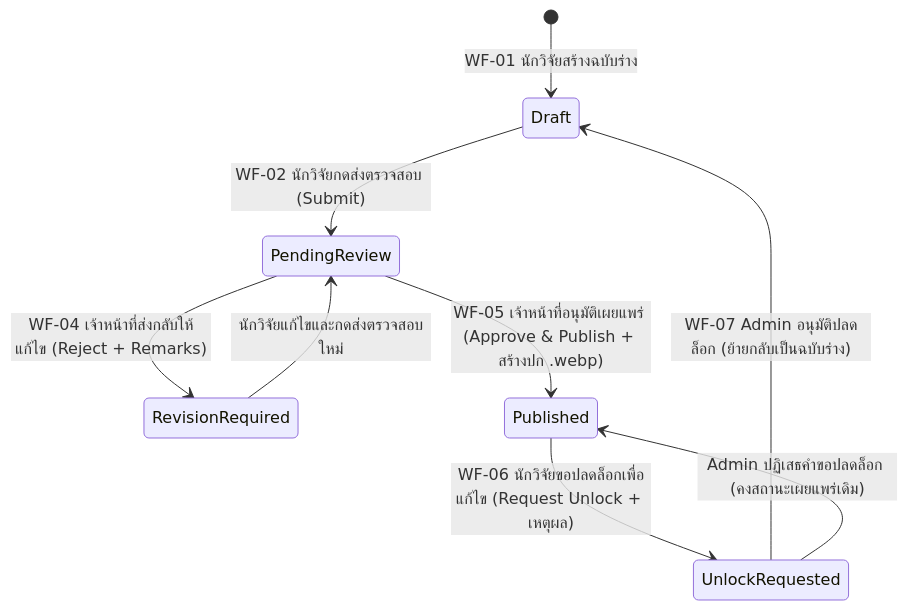
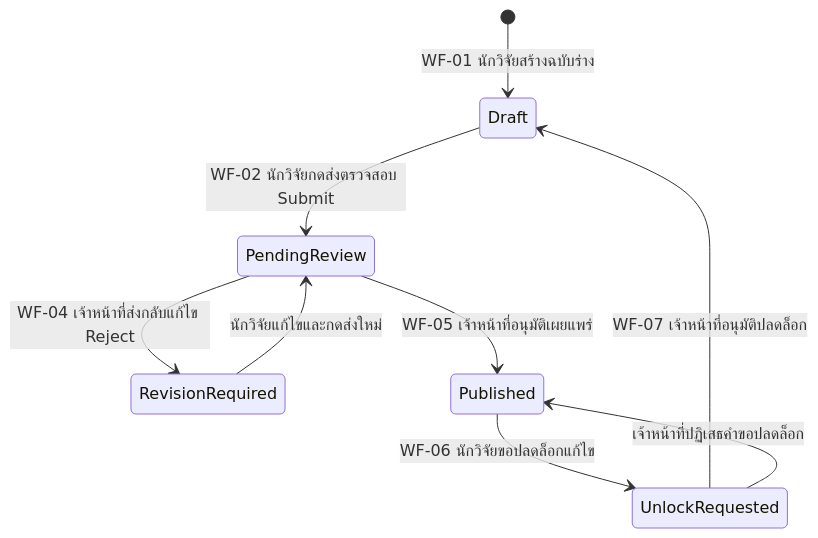
The third of 6 diagrams in docs/manuals/VOLUME_2_BACKEND_ADMIN_RESEARCHER_MANUAL.md (omaga03/RDBLaravel), drawn with Mermaid before and after one commit. The commit also changed other lines of this file and 377 other files, not shown here.

````diff
--- a/docs/manuals/VOLUME_2_BACKEND_ADMIN_RESEARCHER_MANUAL.md
+++ b/docs/manuals/VOLUME_2_BACKEND_ADMIN_RESEARCHER_MANUAL.md
@@ -82,11 +195,11 @@
 ```mermaid
 stateDiagram-v2
     [*] --> Draft : WF-01 นักวิจัยสร้างฉบับร่าง
-    Draft --> PendingReview : WF-02 นักวิจัยกดส่งตรวจสอบ (Submit)
-    PendingReview --> RevisionRequired : WF-04 เจ้าหน้าที่ส่งกลับให้แก้ไข (Reject + Remarks)
-    RevisionRequired --> PendingReview : นักวิจัยแก้ไขและกดส่งตรวจสอบใหม่
-    PendingReview --> Published : WF-05 เจ้าหน้าที่อนุมัติเผยแพร่ (Approve & Publish + สร้างปก .webp)
-    Published --> UnlockRequested : WF-06 นักวิจัยขอปลดล็อกเพื่อแก้ไข (Request Unlock + เหตุผล)
-    UnlockRequested --> Draft : WF-07 Admin อนุมัติปลดล็อก (ย้ายกลับเป็นฉบับร่าง)
-    UnlockRequested --> Published : Admin ปฏิเสธคำขอปลดล็อก (คงสถานะเผยแพร่เดิม)
+    Draft --> PendingReview : WF-02 นักวิจัยกดส่งตรวจสอบ Submit
+    PendingReview --> RevisionRequired : WF-04 เจ้าหน้าที่ส่งกลับแก้ไข Reject
+    RevisionRequired --> PendingReview : นักวิจัยแก้ไขและกดส่งใหม่
+    PendingReview --> Published : WF-05 เจ้าหน้าที่อนุมัติเผยแพร่
+    Published --> UnlockRequested : WF-06 นักวิจัยขอปลดล็อกแก้ไข
+    UnlockRequested --> Draft : WF-07 เจ้าหน้าที่อนุมัติปลดล็อก
+    UnlockRequested --> Published : เจ้าหน้าที่ปฏิเสธคำขอปลดล็อก
 ```
````
